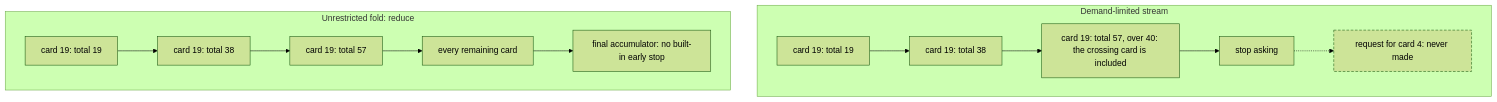
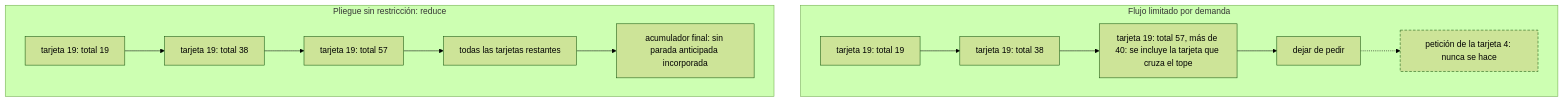
The first of 4 diagrams in lessons/patrones.md (dullroar/aprende-a-programar-como-un-bicho-raro), drawn with Mermaid (forest theme) before and after one commit. The commit also changed other lines of this file and 7 other files, not shown here.

````diff
--- a/lessons/patrones.md
+++ b/lessons/patrones.md
@@ -47,13 +47,13 @@
 ```mermaid
 flowchart TB
-    accTitle: Folding everything and demanding only a sufficient prefix are different controls over work
-    accDescr: Two parallel tracks over the same timecards of 19, 19 and 19 hours with running totals 19, 38 and 57. In the unrestricted fold, an ordinary reduce processes every available card and returns the final accumulator, and it has no built-in early stop. In the demand-limited stream, the consumer computes the next total, checks the stop boundary, includes the crossing card whose total is 57, and then never makes a fourth request.
-    subgraph DEMAND["Demand-limited stream"]
-        D1["card 19: total 19"] --> D2["card 19: total 38"] --> D3["card 19: total 57, over 40: the crossing card is included"] --> D4["stop asking"] -.-> D5["request for card 4: never made"]
+    accTitle: Plegar todo y pedir solo un prefijo suficiente son controles distintos sobre el trabajo
+    accDescr: Dos pistas paralelas sobre las mismas tarjetas de horas de 19, 19 y 19 horas, con totales acumulados de 19, 38 y 57. En el pliegue sin restricción, un reduce ordinario procesa todas las tarjetas disponibles y devuelve el acumulador final, y no tiene parada anticipada incorporada. En el flujo limitado por demanda, el consumidor calcula el total siguiente, comprueba el límite de parada, incluye la tarjeta que cruza el tope, cuyo total es 57, y nunca hace una cuarta petición.
+    subgraph DEMAND["Flujo limitado por demanda"]
+        D1["tarjeta 19: total 19"] --> D2["tarjeta 19: total 38"] --> D3["tarjeta 19: total 57, más de 40: se incluye la tarjeta que cruza el tope"] --> D4["dejar de pedir"] -.-> D5["petición de la tarjeta 4: nunca se hace"]
     end
-    subgraph FOLD["Unrestricted fold: reduce"]
-        F1["card 19: total 19"] --> F2["card 19: total 38"] --> F3["card 19: total 57"] --> F4["every remaining card"] --> F5["final accumulator: no built-in early stop"]
+    subgraph FOLD["Pliegue sin restricción: reduce"]
+        F1["tarjeta 19: total 19"] --> F2["tarjeta 19: total 38"] --> F3["tarjeta 19: total 57"] --> F4["todas las tarjetas restantes"] --> F5["acumulador final: sin parada anticipada incorporada"]
     end
     classDef never stroke-dasharray: 5 3
     class D5 never
 ```
````
